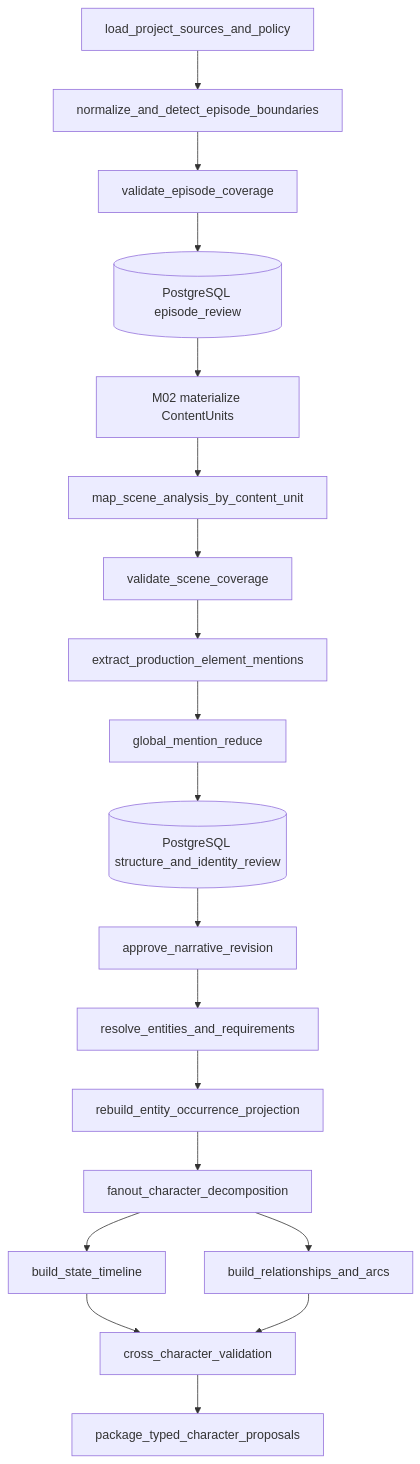
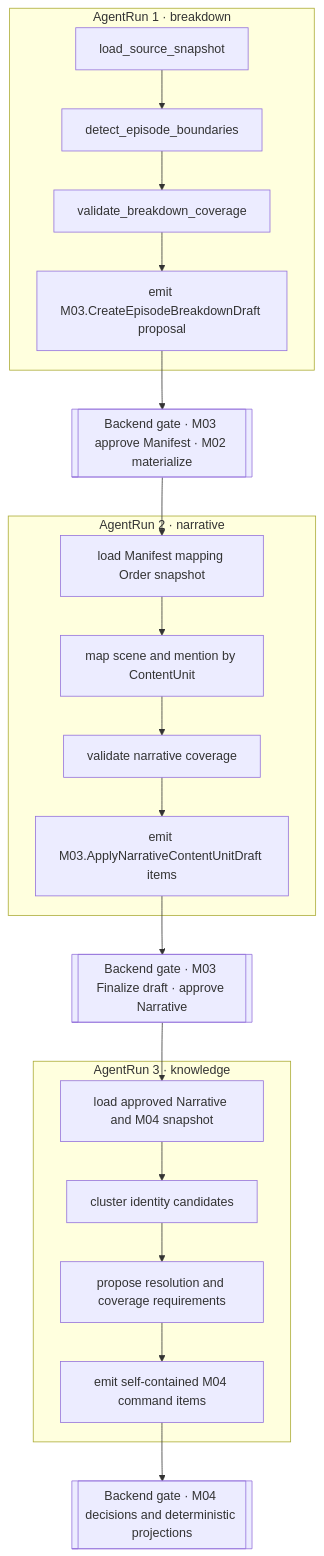
Before and after one commit to StephenQiu30/lanverse: the diagram in docs/design/004-AI视频生产平台剧本基础分析与人物拆解详细设计.md, drawn with Mermaid. The commit also changed other lines of this file and 26 other files, not shown here.

First line of the commit message:
docs(architecture): 固定目标架构与剧本分析闭环

````diff
--- a/docs/design/004-AI视频生产平台剧本基础分析与人物拆解详细设计.md
+++ b/docs/design/004-AI视频生产平台剧本基础分析与人物拆解详细设计.md
@@ -460,21 +460,24 @@
 ```mermaid
 flowchart TD
-    A[load_project_sources_and_policy] --> B[normalize_and_detect_episode_boundaries]
-    B --> C[validate_episode_coverage]
-    C --> D[(PostgreSQL episode_review)]
-    D --> E[M02 materialize ContentUnits]
-    E --> F[map_scene_analysis_by_content_unit]
-    F --> G[validate_scene_coverage]
-    G --> H[extract_production_element_mentions]
-    H --> I[global_mention_reduce]
-    I --> J[(PostgreSQL structure_and_identity_review)]
-    J --> K[approve_narrative_revision]
-    K --> L[resolve_entities_and_requirements]
-    L --> M[rebuild_entity_occurrence_projection]
-    M --> N[fanout_character_decomposition]
-    N --> O[build_state_timeline]
-    N --> P[build_relationships_and_arcs]
-    O --> Q[cross_character_validation]
-    P --> Q
-    Q --> R[package_typed_character_proposals]
+    subgraph R1[AgentRun 1 · breakdown]
+      A1[load_source_snapshot] --> A2[detect_episode_boundaries]
+      A2 --> A3[validate_breakdown_coverage]
+      A3 --> A4[emit M03.CreateEpisodeBreakdownDraft proposal]
+    end
+    G1[[Backend gate · M03 approve Manifest · M02 materialize]]
+    subgraph R2[AgentRun 2 · narrative]
+      B1[load Manifest mapping Order snapshot] --> B2[map scene and mention by ContentUnit]
+      B2 --> B3[validate narrative coverage]
+      B3 --> B4[emit M03.ApplyNarrativeContentUnitDraft items]
+    end
+    G2[[Backend gate · M03 Finalize draft · approve Narrative]]
+    subgraph R3[AgentRun 3 · knowledge]
+      C1[load approved Narrative and M04 snapshot] --> C2[cluster identity candidates]
+      C2 --> C3[propose resolution and coverage requirements]
+      C3 --> C4[emit self-contained M04 command items]
+    end
+    G3[[Backend gate · M04 decisions and deterministic projections]]
+    A4 --> G1 --> B1
+    B4 --> G2 --> C1
+    C4 --> G3
 ```
````
